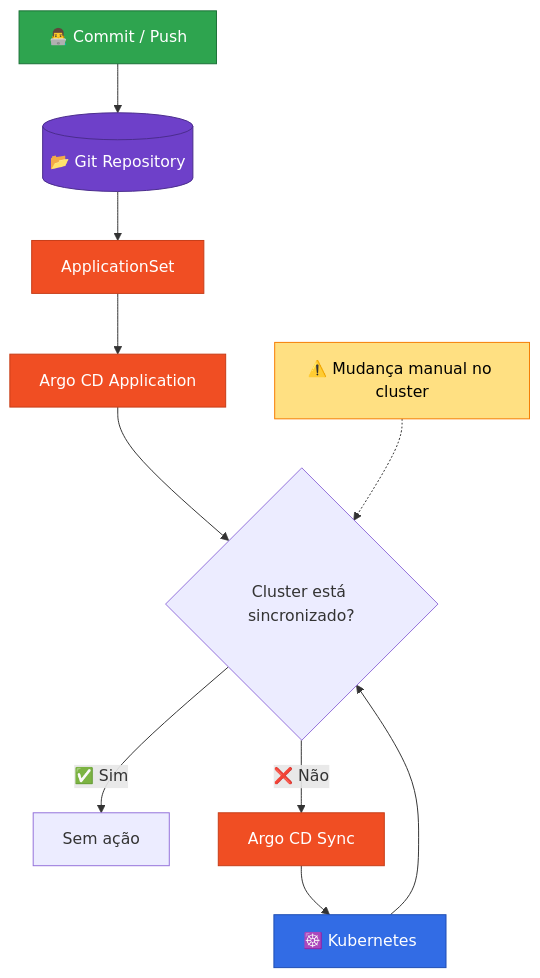
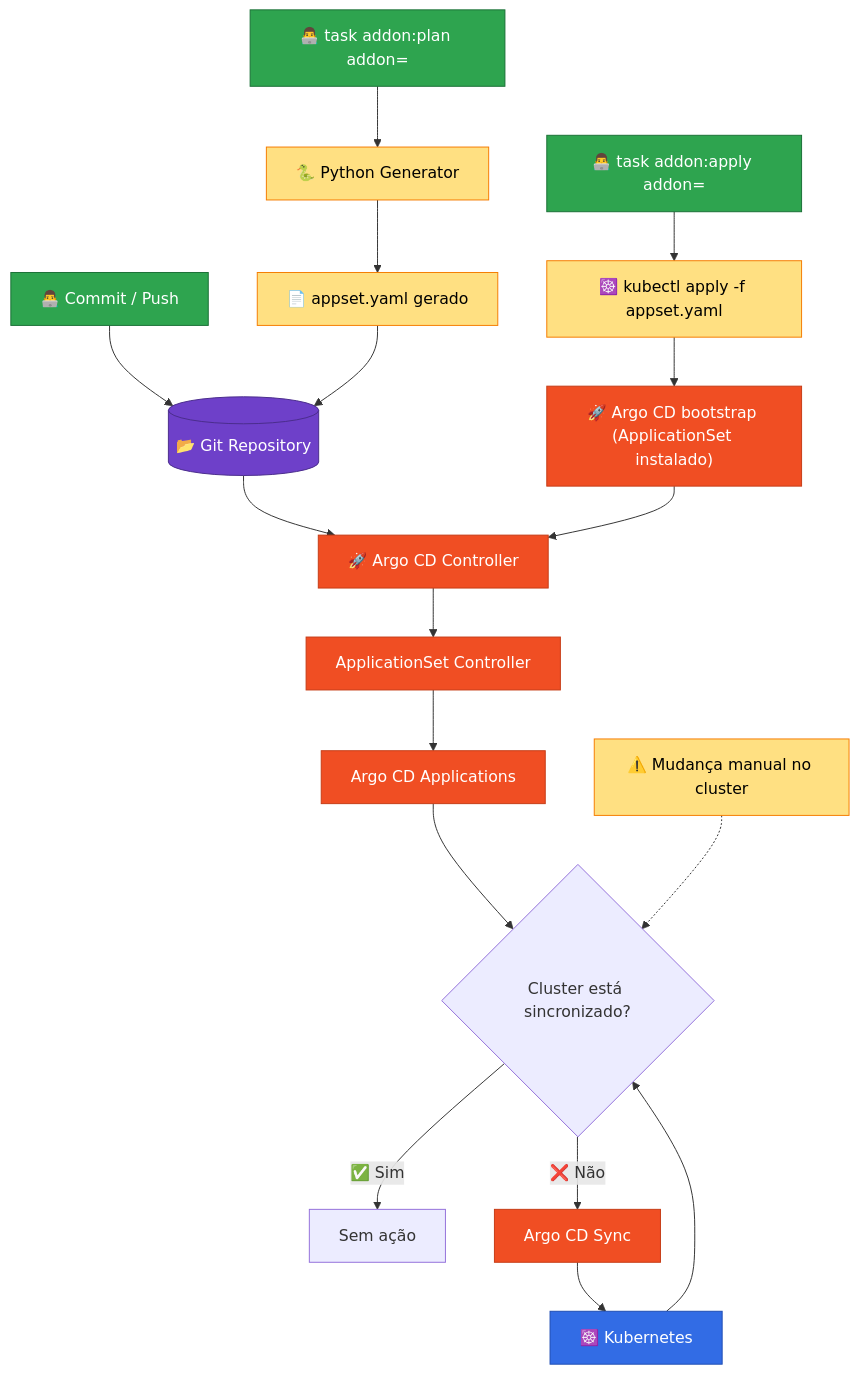
The first of 2 diagrams in kubernetes/addons/README.md (estudosdevops/homelab), drawn with Mermaid before and after one commit. The commit also changed other lines of this file, not shown here.

````diff
--- a/kubernetes/addons/README.md
+++ b/kubernetes/addons/README.md
@@ -62,29 +48,43 @@
 ```mermaid
 flowchart TD
-    Dev["👨‍💻 Commit / Push"] --> Git[("📂 Git Repository")]
-    Git --> AppSet["ApplicationSet"]
-    AppSet --> App["Argo CD Application"]
-    App --> Diff{"Cluster está sincronizado?"}
+
+    DevPlan["👨‍💻 task addon:plan addon=<addon>"] --> Py["🐍 Python Generator"]
+    Py --> AppSet["📄 appset.yaml gerado"]
+
+    DevApply["👨‍💻 task addon:apply addon=<addon>"] --> Kubectl["☸️ kubectl apply -f appset.yaml"]
+    Kubectl --> ArgoBootstrap["🚀 Argo CD bootstrap (ApplicationSet instalado)"]
+
+    DevCommit["👨‍💻 Commit / Push"] --> Git[("📂 Git Repository")]
+    AppSet --> Git
+
+    Git --> Argo["🚀 Argo CD Controller"]
+    ArgoBootstrap --> Argo
+
+    Argo --> Controller["ApplicationSet Controller"]
+    Controller --> Apps["Argo CD Applications"]
+
+    Apps --> Diff{"Cluster está sincronizado?"}
 
     Diff -->|"✅ Sim"| Idle["Sem ação"]
-
     Diff -->|"❌ Não"| Sync["Argo CD Sync"]
 
     Sync --> K8S["☸️ Kubernetes"]
-
     K8S --> Diff
 
     Drift["⚠️ Mudança manual no cluster"] -.-> Diff
+
 
     classDef git fill:#6e40c9,stroke:#4a2d8c,color:#fff
     classDef argo fill:#f04e23,stroke:#c63c16,color:#fff
     classDef k8s fill:#326ce5,stroke:#1e4db3,color:#fff
     classDef user fill:#2ea44f,stroke:#1a7036,color:#fff
     classDef warn fill:#FFE082,stroke:#F57C00,color:#000
 
     class Git git
-    class AppSet,App,Sync argo
+    class Argo,Controller,Apps,Sync,ArgoBootstrap argo
     class K8S k8s
-    class Dev user
+    class DevPlan,DevApply,DevCommit user
+    class Py,Kubectl warn
     class Drift warn
+    class AppSet warn
 ```
````
